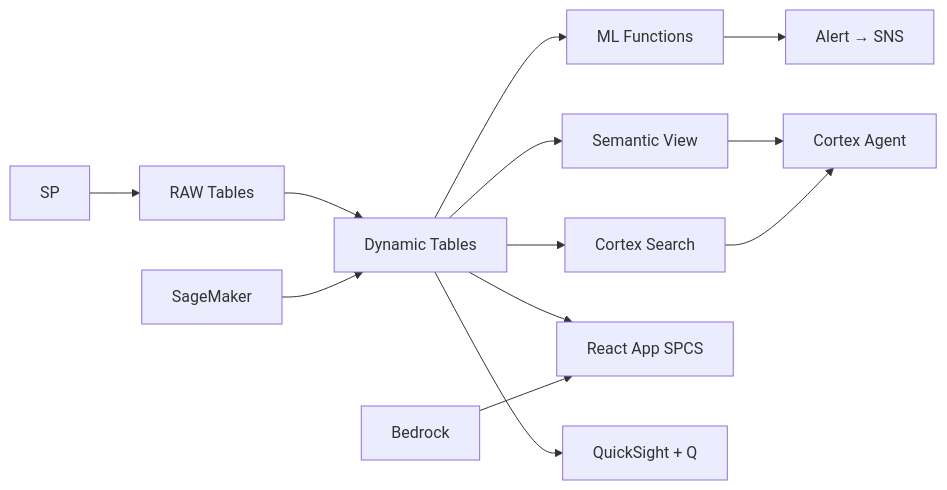
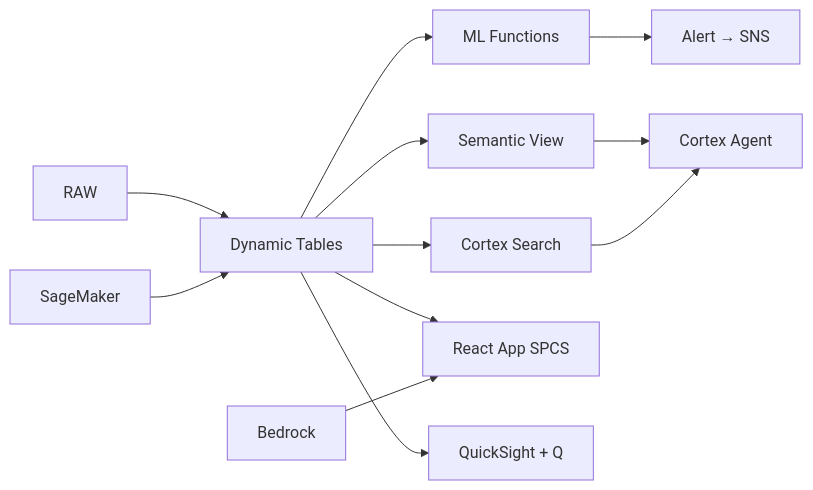
Before and after one commit to sfc-gh-jasvestis/aws-philippines-banking-microinsurance: the diagram in README.md, drawn with Mermaid. The commit also changed 7 other files, not shown here.

Commit message:
Fix: add all source files, .gitignore, fix Mermaid diagram

````diff
--- a/README.md
+++ b/README.md
@@ -9,15 +9,14 @@
 ```mermaid
 flowchart LR
-    SP --> RAW[RAW Tables]
     RAW --> DT[Dynamic Tables]
     DT --> ML[ML Functions]
     DT --> SEARCH[Cortex Search]
     DT --> SV[Semantic View]
     SV --> AGENT[Cortex Agent]
     SEARCH --> AGENT
     DT --> APP[React App SPCS]
     SM[SageMaker] --> DT
     BR[Bedrock] --> APP
     DT --> QS[QuickSight + Q]
     ML --> ALERT[Alert → SNS]
 ```
````
